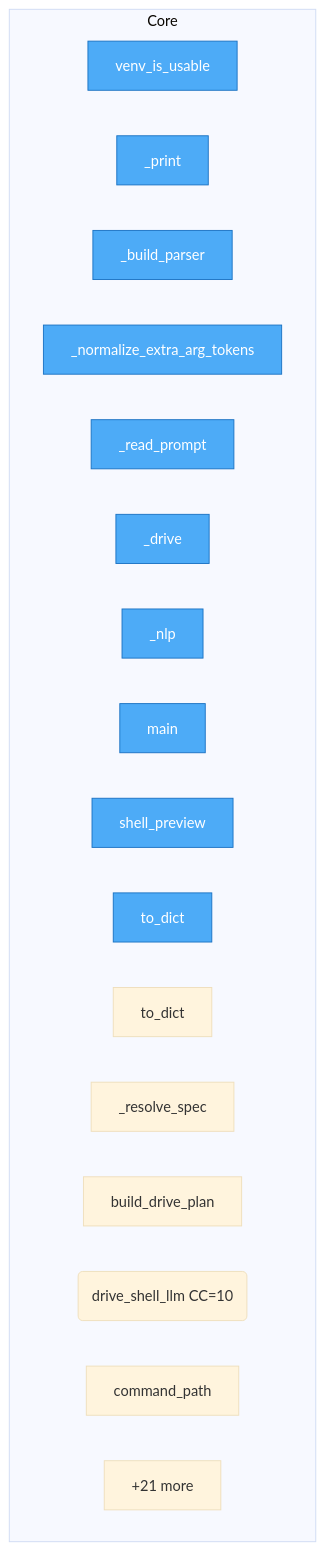
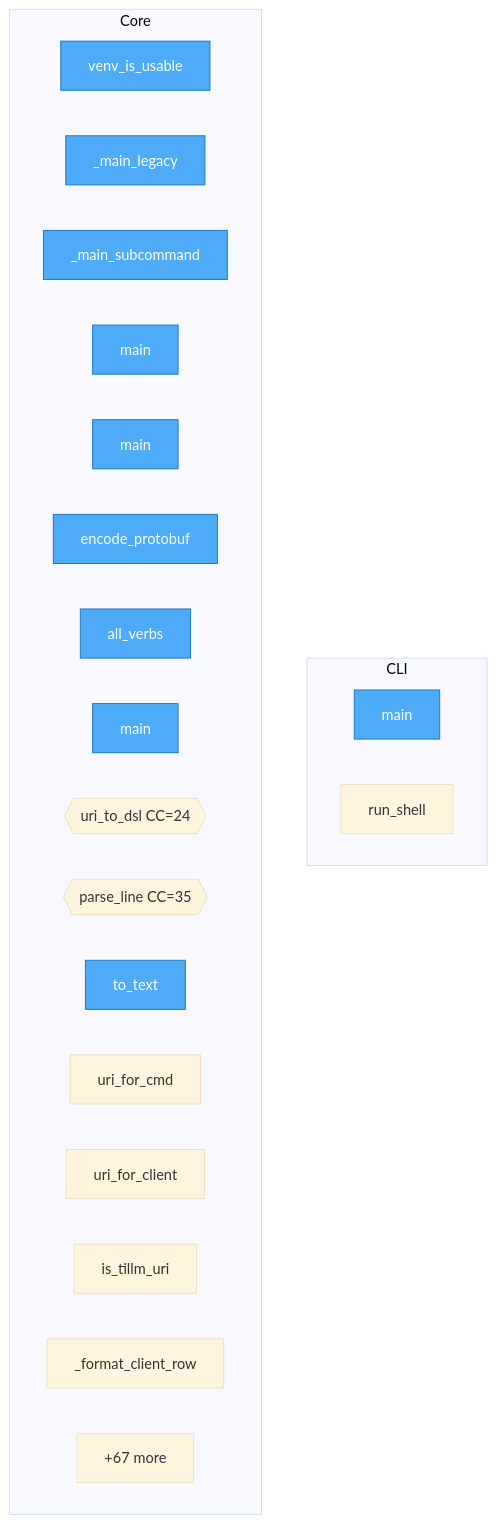
One commit to autogrammar/tillm changed the diagram in project/flow.mmd. Above: the diagram before and after it, drawn with Mermaid (base theme). The commit also changed 108 other files, not shown here.

```diff
--- a/project/flow.mmd
+++ b/project/flow.mmd
@@ -1,26 +1,31 @@
 flowchart TD
-%% generated in 0.00s
+%% generated in 0.01s
 
     %% Entry points (blue)
     classDef entry fill:#4dabf7,stroke:#1971c2,color:#fff
 
+    subgraph CLI
+        packages__cli2tillm__src__cli2tillm__cli__main["main"]
+        packages__cli2tillm__src__cli2tillm__shell__run_shell["run_shell"]
+    end
+
     subgraph Core
         project__venv_is_usable["venv_is_usable"]
-        src__tillm__cli___print["_print"]
-        src__tillm__cli___build_parser["_build_parser"]
-        src__tillm__cli___normalize_extra_arg_tokens["_normalize_extra_arg_tokens"]
-        src__tillm__cli___read_prompt["_read_prompt"]
-        src__tillm__cli___drive["_drive"]
-        src__tillm__cli___nlp["_nlp"]
-        src__tillm__cli__main["main"]
-        src__tillm__controller__ShellDrivePlan__shell_preview["shell_preview"]
-        src__tillm__controller__ShellDrivePlan__to_dict["to_dict"]
-        src__tillm__controller__ShellDriveResult__to_dict["to_dict"]
-        src__tillm__controller___resolve_spec["_resolve_spec"]
-        src__tillm__controller__build_drive_plan["build_drive_plan"]
-        src__tillm__controller__drive_shell_llm("drive_shell_llm CC=10")
-        src__sillm__registry__ShellClientSpec__command_path["command_path"]
-        ...["+21 more"]
+        packages__dsl2tillm__src__dsl2tillm__cli___main_legacy["_main_legacy"]
+        packages__dsl2tillm__src__dsl2tillm__cli___main_subcommand["_main_subcommand"]
+        packages__dsl2tillm__src__dsl2tillm__cli__main["main"]
+        packages__mcp2tillm__src__mcp2tillm__cli__main["main"]
+        packages__dsl2tillm__src__dsl2tillm__pb_codec__encode_protobuf["encode_protobuf"]
+        packages__dsl2tillm__src__dsl2tillm__schema_registry__all_verbs["all_verbs"]
+        packages__rest2tillm__src__rest2tillm__cli__main["main"]
+        packages__uri2tillm__src__uri2tillm__decode__uri_to_dsl{{uri_to_dsl CC=24}}
+        packages__dsl2tillm__src__dsl2tillm__grammar__parse_line{{parse_line CC=35}}
+        packages__dsl2tillm__src__dsl2tillm__grammar__to_text["to_text"]
+        packages__uri2tillm__src__uri2tillm__uri__uri_for_cmd["uri_for_cmd"]
+        packages__uri2tillm__src__uri2tillm__uri__uri_for_client["uri_for_client"]
+        packages__uri2tillm__src__uri2tillm__uri__is_tillm_uri["is_tillm_uri"]
+        src__tillm__cli___format_client_row["_format_client_row"]
+        ...["+67 more"]
     end
 
-    class project__venv_is_usable,src__tillm__cli___print,src__tillm__cli___build_parser,src__tillm__cli___normalize_extra_arg_tokens,src__tillm__cli___read_prompt,src__tillm__cli___drive,src__tillm__cli___nlp,src__tillm__cli__main,src__tillm__controller__ShellDrivePlan__shell_preview,src__tillm__controller__ShellDrivePlan__to_dict entry
+    class project__venv_is_usable,packages__dsl2tillm__src__dsl2tillm__cli___main_legacy,packages__dsl2tillm__src__dsl2tillm__cli___main_subcommand,packages__dsl2tillm__src__dsl2tillm__cli__main,packages__mcp2tillm__src__mcp2tillm__cli__main,packages__dsl2tillm__src__dsl2tillm__pb_codec__encode_protobuf,packages__dsl2tillm__src__dsl2tillm__schema_registry__all_verbs,packages__rest2tillm__src__rest2tillm__cli__main,packages__cli2tillm__src__cli2tillm__cli__main,packages__dsl2tillm__src__dsl2tillm__grammar__to_text entry
```
